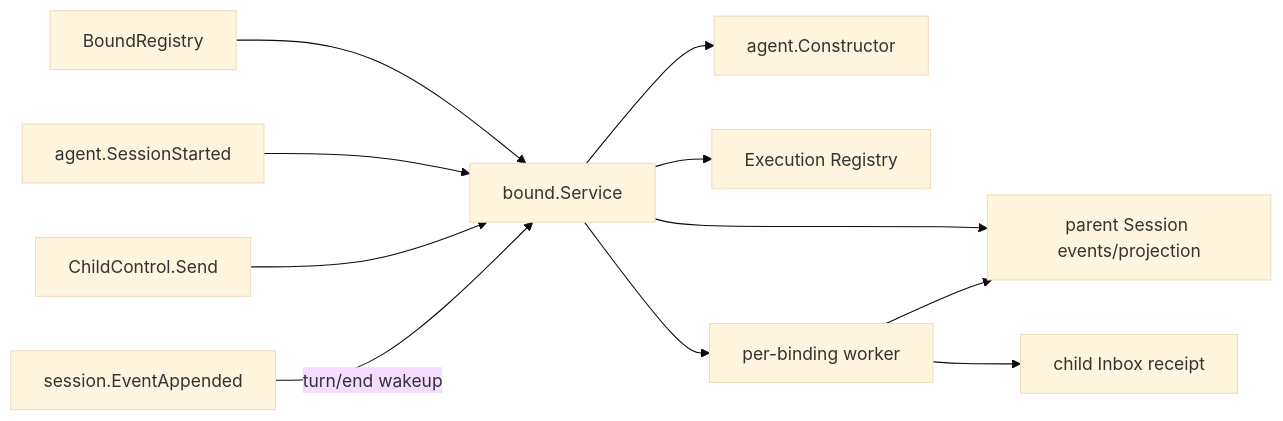
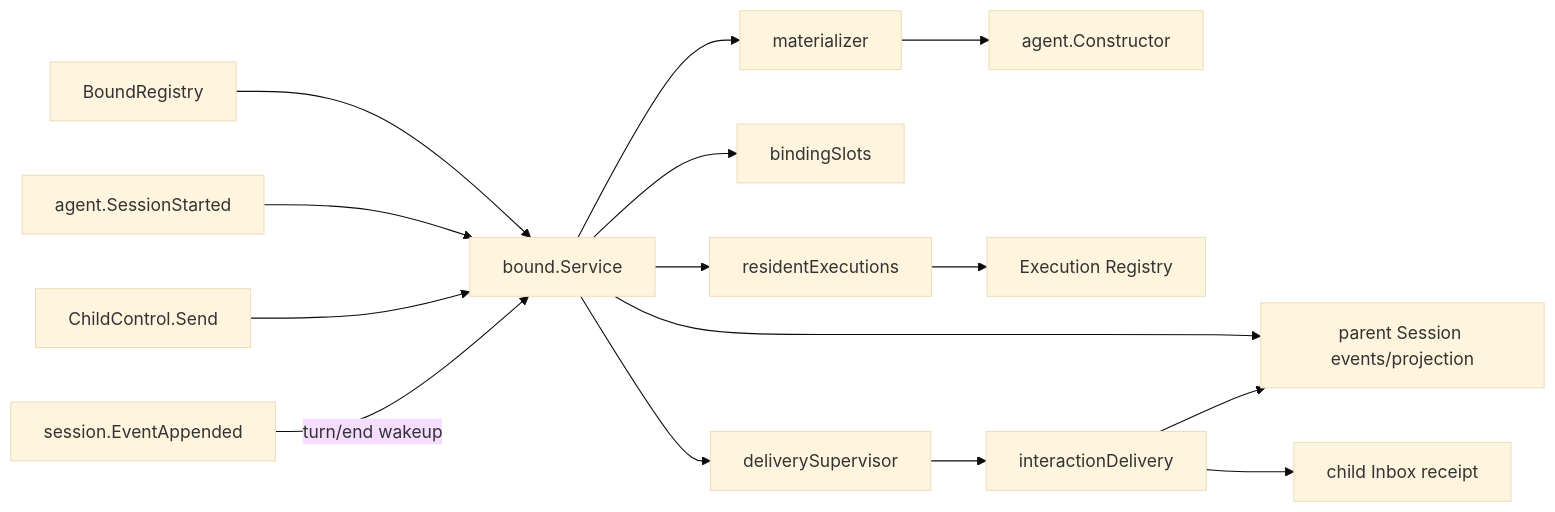
Before and after one commit to gorenx/goren: the diagram in subagent/internal/bound/README.zh-CN.md, drawn with Mermaid (base theme). The commit also changed other lines of this file and 5 other files, not shown here.

````diff
--- a/subagent/internal/bound/README.zh-CN.md
+++ b/subagent/internal/bound/README.zh-CN.md
@@ -5,13 +5,17 @@
 ```mermaid
 flowchart LR
     Registry[BoundRegistry] --> Bound[bound.Service]
     Started[agent.SessionStarted] --> Bound
     Send[ChildControl.Send] --> Bound
     Event[session.EventAppended] -->|turn/end wakeup| Bound
     Bound --> Parent[parent Session events/projection]
-    Bound --> Constructor[agent.Constructor]
-    Bound --> Execution[Execution Registry]
-    Bound --> Worker[per-binding worker]
-    Worker --> Child[child Inbox receipt]
-    Worker --> Parent
+    Bound --> Materializer[materializer]
+    Bound --> Slots[bindingSlots]
+    Bound --> Residents[residentExecutions]
+    Bound --> Supervisor[deliverySupervisor]
+    Materializer --> Constructor[agent.Constructor]
+    Residents --> Execution[Execution Registry]
+    Supervisor --> Delivery[interactionDelivery]
+    Delivery --> Child[child Inbox receipt]
+    Delivery --> Parent
 ```
````
